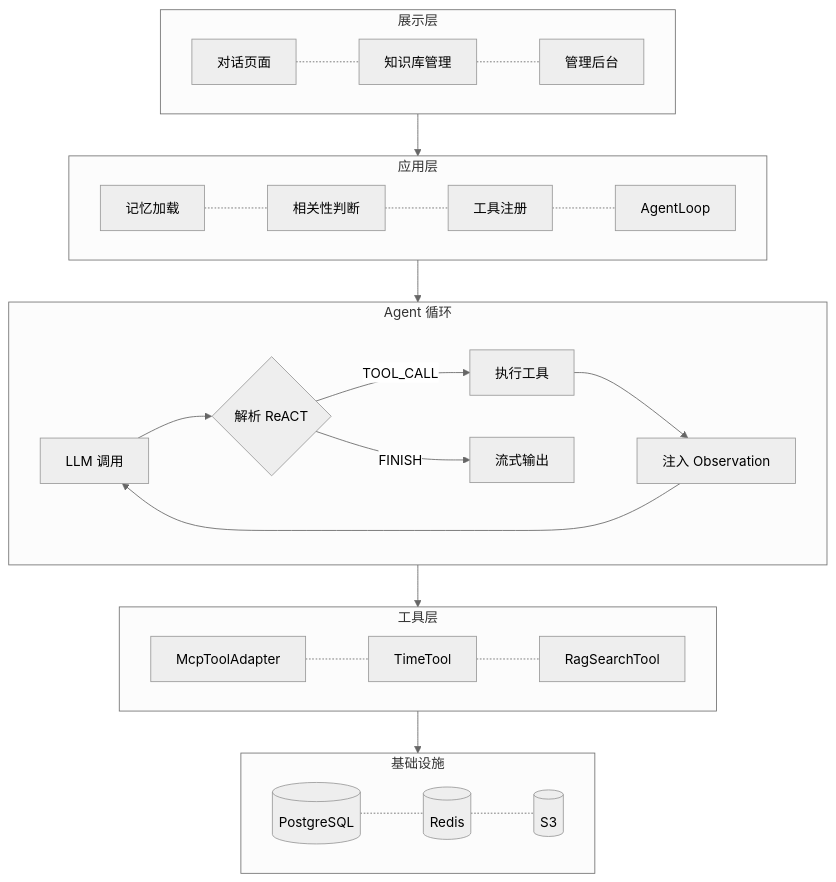
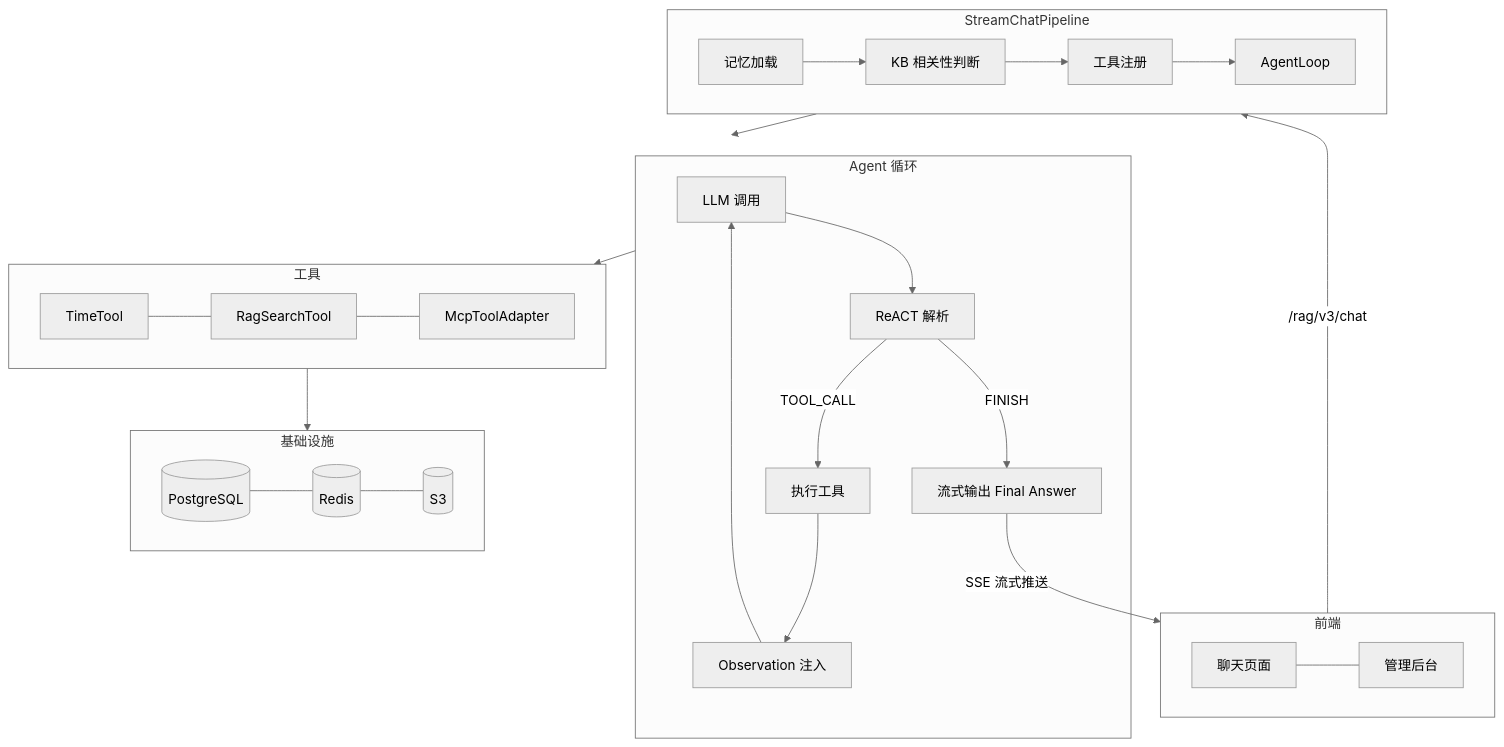
One commit to ByteQ7/RAGStudio changed the diagram in README.md. Above: the diagram before and after it, drawn with Mermaid (neutral theme).

Commit message:
docs: 架构总览改为简洁 Mermaid 图

````diff
--- a/README.md
+++ b/README.md
@@ -32,32 +32,34 @@
 ```mermaid
-flowchart TB
-    subgraph S1[展示层]
-        direction LR
-        A[对话页面] -.- B[知识库管理] -.- C[管理后台]
+graph TD
+    subgraph UI["前端"]
+        A[聊天页面] --- B[管理后台]
     end
 
-    subgraph S2[应用层]
-        direction LR
-        D[记忆加载] -.- E[相关性判断] -.- F[工具注册] -.- G[AgentLoop]
+    subgraph CORE["StreamChatPipeline"]
+        C[记忆加载] --> D[KB 相关性判断]
+        D --> E[工具注册]
+        E --> F[AgentLoop]
     end
 
-    subgraph S3[Agent 循环]
-        H[LLM 调用] --> I{解析 ReACT}
-        I -->|TOOL_CALL| J[执行工具]
-        J --> K[注入 Observation]
-        K --> H
-        I -->|FINISH| L[流式输出]
+    subgraph LOOP["Agent 循环"]
+        G[LLM 调用] --> H[ReACT 解析]
+        H -->|"TOOL_CALL"| I[执行工具]
+        I --> J[Observation 注入]
+        J --> G
+        H -->|"FINISH"| K[流式输出 Final Answer]
     end
 
-    subgraph S4[工具层]
-        direction LR
-        M[McpToolAdapter] -.- N[TimeTool] -.- O[RagSearchTool]
+    subgraph TOOLS["工具"]
+        L[TimeTool] --- M[RagSearchTool] --- N[McpToolAdapter]
     end
 
-    subgraph S5[基础设施]
-        direction LR
-        P[(PostgreSQL)] -.- Q[(Redis)] -.- R[(S3)]
+    subgraph INFRA["基础设施"]
+        O[(PostgreSQL)] --- P[(Redis)] --- Q[(S3)]
     end
 
-    S1 --> S2 --> S3 --> S4 --> S5
+    UI -->|"/rag/v3/chat"| CORE
+    CORE --> LOOP
+    LOOP --> TOOLS
+    TOOLS --> INFRA
+    K -->|"SSE 流式推送"| UI
 ```
````
